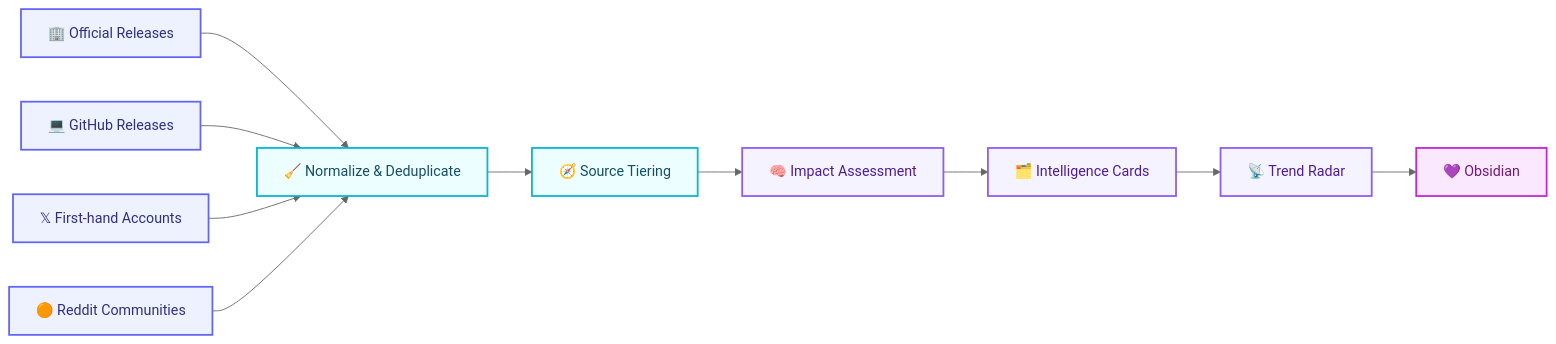
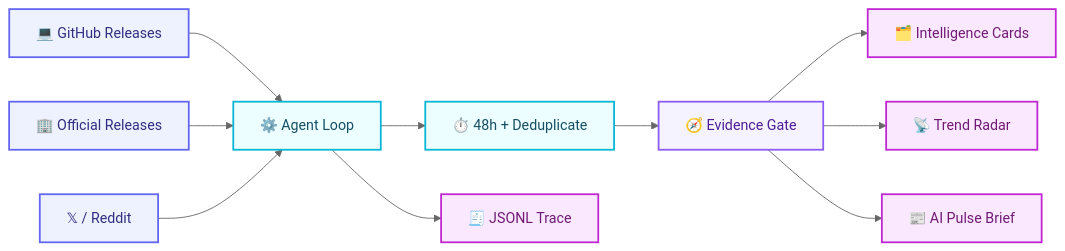
One commit to jj1292/AI-Intelligence-Radar changed the diagram in README_EN.md. Above: the diagram before and after it, drawn with Mermaid (neutral theme). The commit also changed other lines of this file and 29 other files, not shown here.

Commit message:
Unify AI Pulse with Radar Agent

````diff
--- a/README_EN.md
+++ b/README_EN.md
@@ -102,21 +102,21 @@
 ```mermaid
 flowchart LR
-    A["🏢 Official Releases"] --> E["🧹 Normalize & Deduplicate"]
-    B["💻 GitHub Releases"] --> E
-    C["𝕏 First-hand Accounts"] --> E
-    D["🟠 Reddit Communities"] --> E
-    E --> F["🧭 Source Tiering"]
-    F --> G["🧠 Impact Assessment"]
+    A["💻 GitHub Releases"] --> E["⚙️ Agent Loop"]
+    B["🏢 Official Releases"] --> E
+    C["𝕏 / Reddit"] --> E
+    E --> F["⏱️ 48h + Deduplicate"]
+    F --> G["🧭 Evidence Gate"]
     G --> H["🗂️ Intelligence Cards"]
-    H --> I["📡 Trend Radar"]
-    I --> J["💜 Obsidian"]
+    G --> I["📡 Trend Radar"]
+    G --> J["📰 AI Pulse Brief"]
+    E --> T["🧾 JSONL Trace"]
 
     classDef source fill:#EEF2FF,stroke:#6366F1,color:#312E81,stroke-width:2px;
     classDef process fill:#ECFEFF,stroke:#06B6D4,color:#164E63,stroke-width:2px;
     classDef insight fill:#F5F3FF,stroke:#8B5CF6,color:#4C1D95,stroke-width:2px;
     classDef output fill:#FAE8FF,stroke:#C026D3,color:#701A75,stroke-width:2px;
-    class A,B,C,D source;
+    class A,B,C source;
     class E,F process;
-    class G,H,I insight;
-    class J output;
+    class G insight;
+    class H,I,J,T output;
 ```
````
